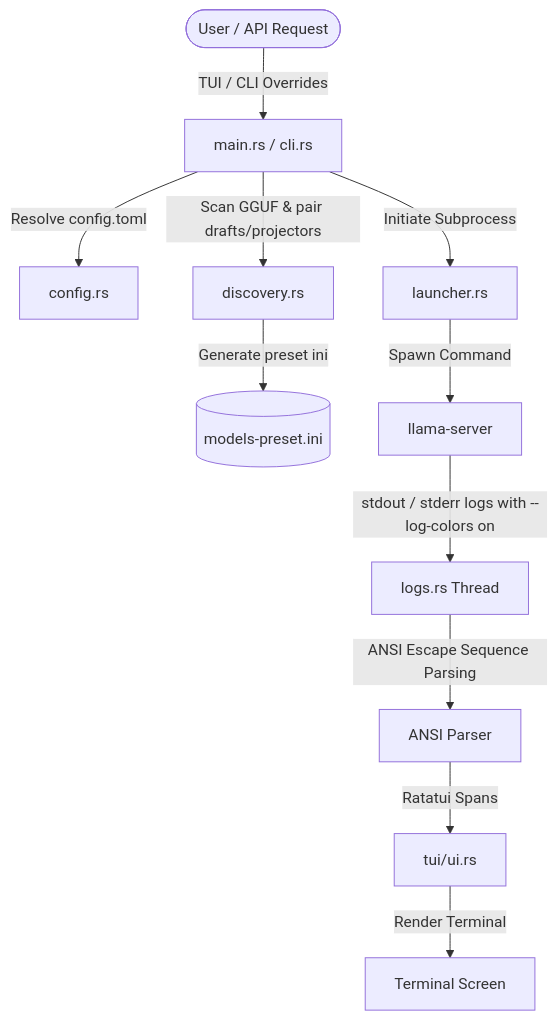
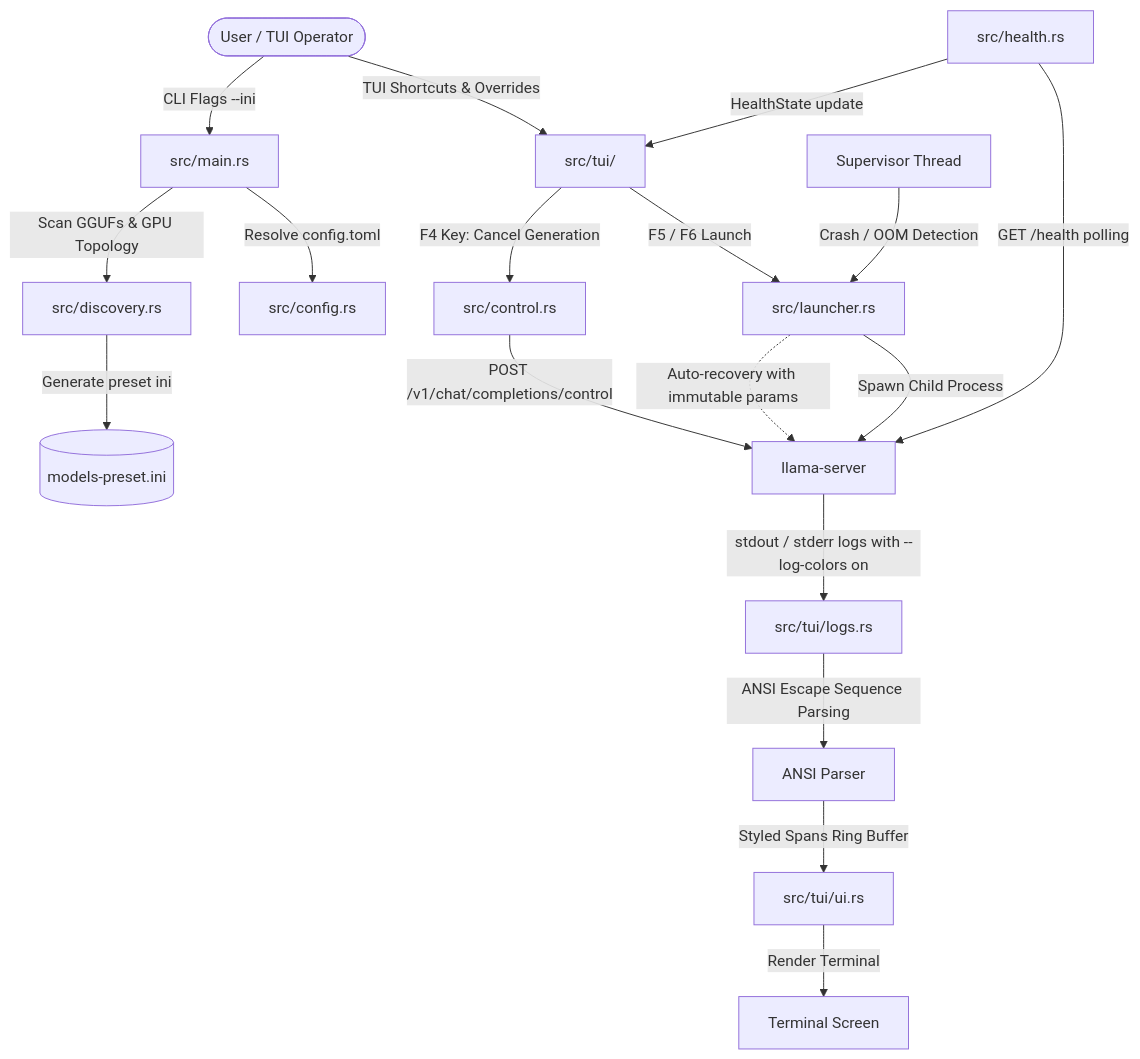
One commit to rpr13/llama-herd changed the diagram in docs/architecture.md. Above: the diagram before and after it, drawn with Mermaid. The commit also changed other lines of this file and 20 other files, not shown here.

````diff
--- a/docs/architecture.md
+++ b/docs/architecture.md
@@ -9,13 +9,20 @@
 ```mermaid
 graph TD
-    User([User / API Request]) -->|TUI / CLI Overrides| Main[main.rs / cli.rs]
-    Main -->|Resolve config.toml| Config[config.rs]
-    Main -->|Scan GGUF & pair drafts/projectors| Discovery[discovery.rs]
+    User([User / TUI Operator]) -->|TUI Shortcuts & Overrides| TUI[src/tui/]
+    User -->|CLI Flags --ini| Main[src/main.rs]
+    Main -->|Resolve config.toml| Config[src/config.rs]
+    Main -->|Scan GGUFs & GPU Topology| Discovery[src/discovery.rs]
     Discovery -->|Generate preset ini| PresetFile[(models-preset.ini)]
-    Main -->|Initiate Subprocess| Launcher[launcher.rs]
-    Launcher -->|Spawn Command| LlamaServer[llama-server]
-    LlamaServer -->|stdout / stderr logs with --log-colors on| LogStream[logs.rs Thread]
+    TUI -->|F5 / F6 Launch| Launcher[src/launcher.rs]
+    Launcher -->|Spawn Child Process| LlamaServer[llama-server]
+    LlamaServer -->|stdout / stderr logs with --log-colors on| LogStream[src/tui/logs.rs]
     LogStream -->|ANSI Escape Sequence Parsing| Parser[ANSI Parser]
-    Parser -->|Ratatui Spans| UI[tui/ui.rs]
+    Parser -->|Styled Spans Ring Buffer| UI[src/tui/ui.rs]
+    HealthPoller[src/health.rs] -->|GET /health polling| LlamaServer
+    HealthPoller -->|HealthState update| TUI
+    TUI -->|F4 Key: Cancel Generation| Control[src/control.rs]
+    Control -->|POST /v1/chat/completions/control| LlamaServer
+    Supervisor[Supervisor Thread] -->|Crash / OOM Detection| Launcher
+    Launcher -.->|Auto-recovery with immutable params| LlamaServer
     UI -->|Render Terminal| Screen[Terminal Screen]
 ```
````
